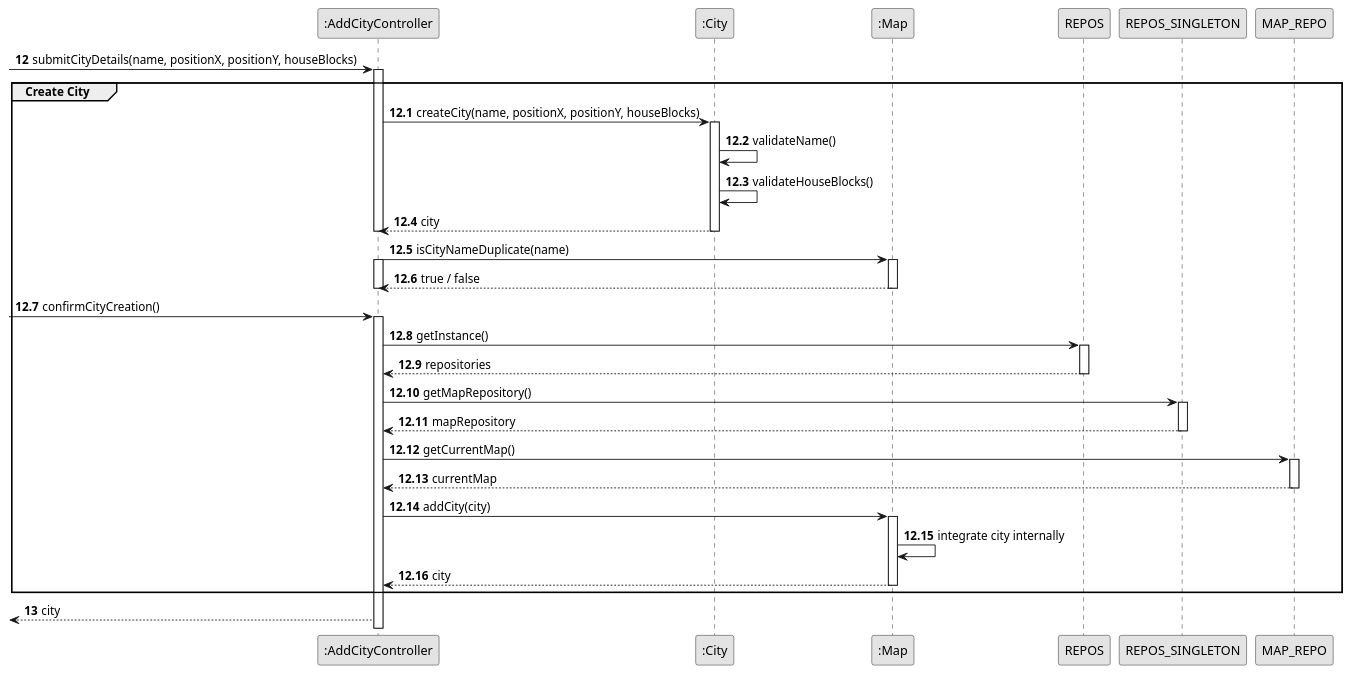
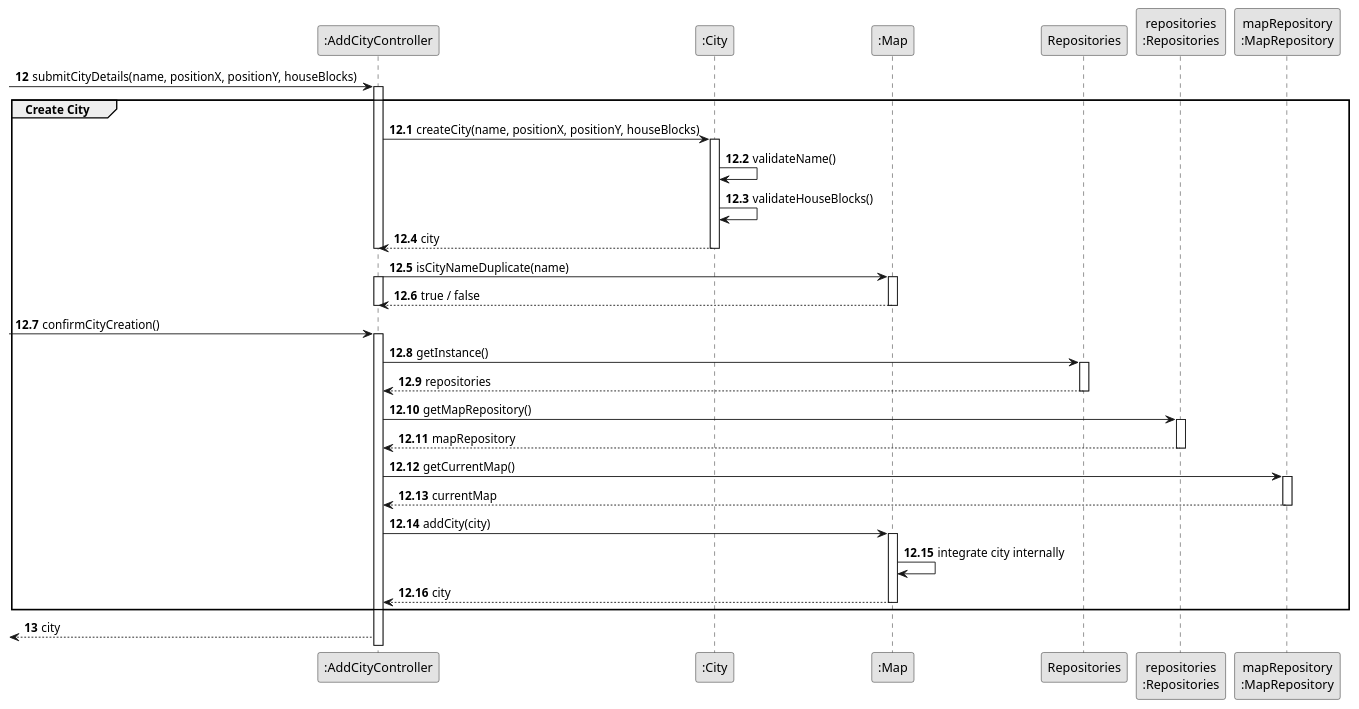
Before and after one commit to 1240826/empire-on-tracks: the diagram in docs/system-documentation/US003/03.design/puml/US003-SD-partial-create-city.puml, drawn with PlantUML. The commit also changed 34 other files, not shown here.

```diff
--- a/docs/system-documentation/US003/03.design/puml/US003-SD-partial-create-city.puml
+++ b/docs/system-documentation/US003/03.design/puml/US003-SD-partial-create-city.puml
@@ -1,60 +1,63 @@
 @startuml
 skinparam monochrome true
 skinparam packageStyle rectangle
 skinparam shadowing false
 
 participant ":AddCityController"    as Controller
 participant ":City"                 as City
 participant ":Map"                  as Map
+participant "Repositories"          as REPOS
+participant "repositories\n:Repositories" as REPOS_SINGLETON
+participant "mapRepository\n:MapRepository" as MAP_REPO
 
 autonumber 12
 -> Controller: submitCityDetails(name, positionX, positionY, houseBlocks)
 
 autonumber 12.1
 activate Controller
     group Create City
 
 
        Controller -> City : createCity(name, positionX, positionY, houseBlocks)
              activate City
              City -> City : validateName()
              City -> City : validateHouseBlocks()
              City --> Controller : city
              deactivate City
              deactivate Controller
 
              Controller -> Map : isCityNameDuplicate(name)
              activate Map
              activate Controller
              Map --> Controller : true / false
              deactivate Map
              deactivate Controller
              -> Controller : confirmCityCreation()
                  activate Controller
 
                      Controller -> REPOS : getInstance()
                      activate REPOS
                          REPOS --> Controller : repositories
                      deactivate REPOS
 
                      Controller -> REPOS_SINGLETON : getMapRepository()
                      activate REPOS_SINGLETON
                          REPOS_SINGLETON --> Controller : mapRepository
                      deactivate REPOS_SINGLETON
 
                      Controller -> MAP_REPO : getCurrentMap()
                      activate MAP_REPO
                          MAP_REPO --> Controller : currentMap
                      deactivate MAP_REPO
 
                      Controller -> Map : addCity(city)
                      activate Map
                          Map -> Map : integrate city internally
              Map --> Controller: city
              deactivate Map
     end
     autonumber 13
     <-- Controller: city
 
 
 @enduml
```
